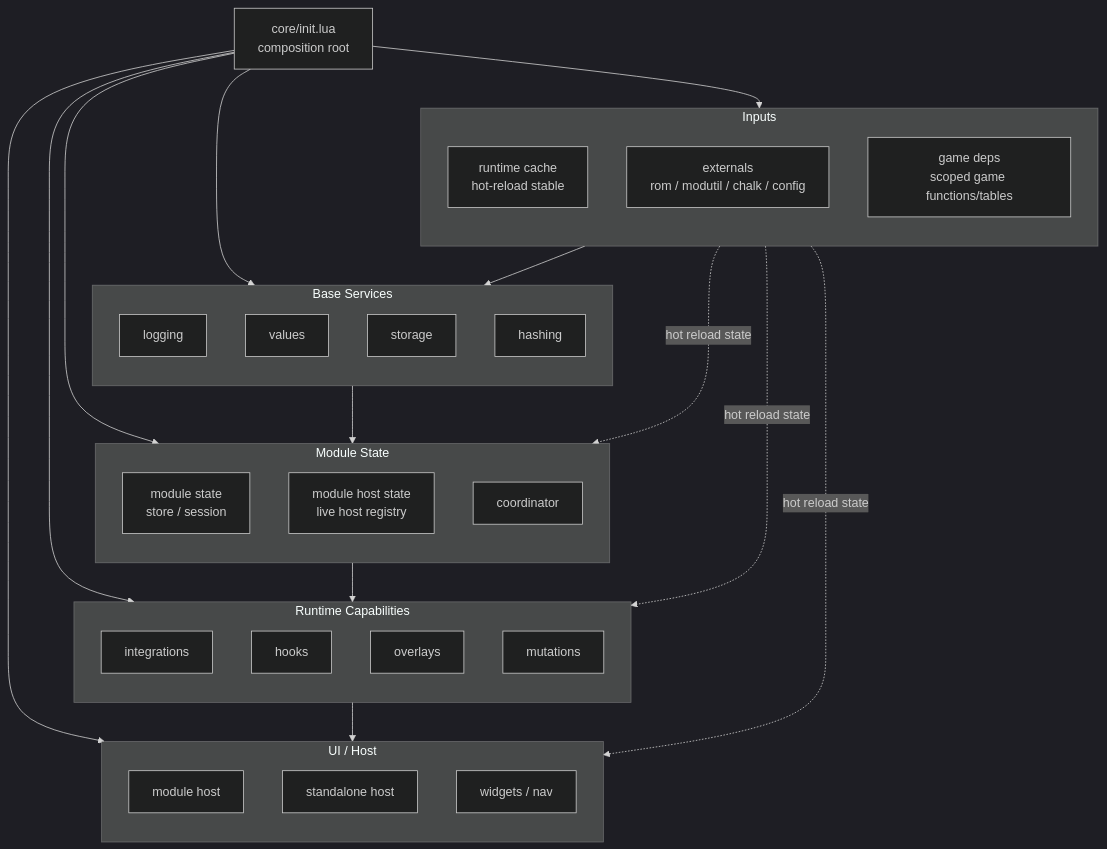
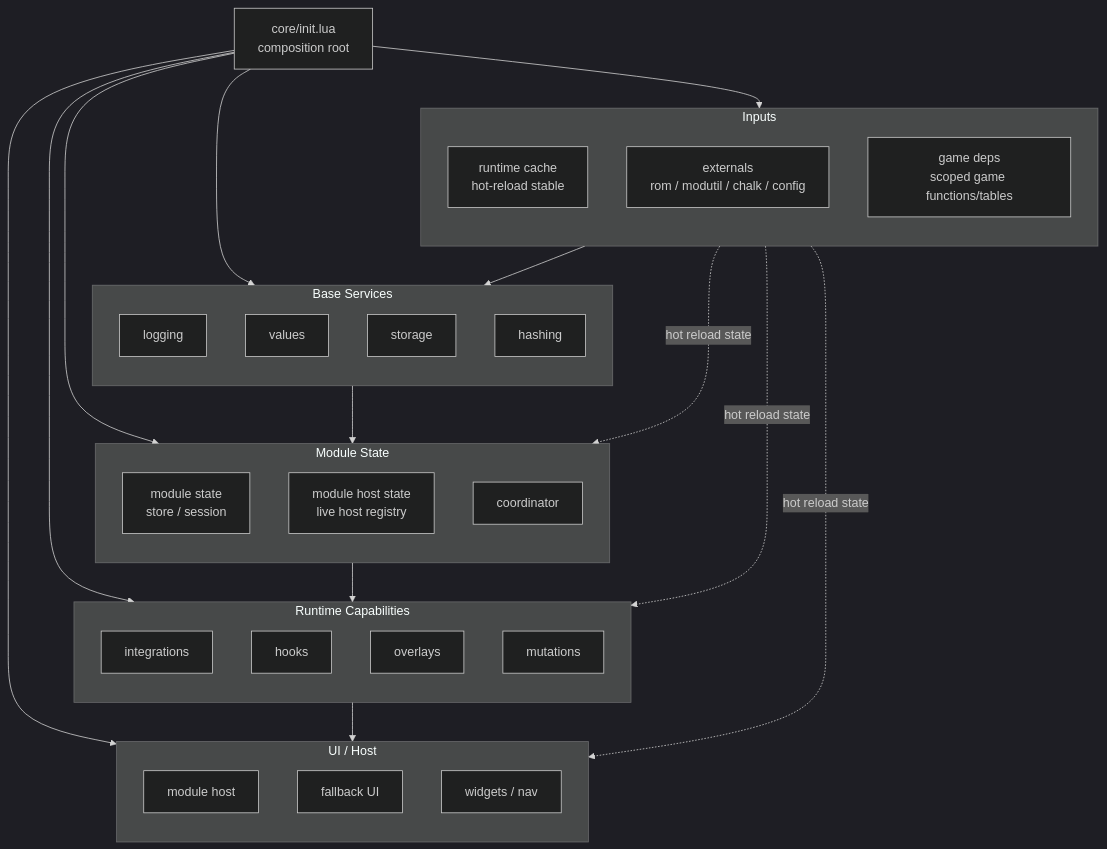
One commit to maybe-adamant/h2-pack-Modpack_Lib changed the second of 5 diagrams in docs/SYSTEM_INFRASTRUCTURE.md. Above: the diagram before and after it, drawn with Mermaid (dark theme). The commit also changed other lines of this file and 111 other files, not shown here.

````diff
--- a/docs/SYSTEM_INFRASTRUCTURE.md
+++ b/docs/SYSTEM_INFRASTRUCTURE.md
@@ -42,56 +42,56 @@
 ```mermaid
 flowchart TD
     INIT["core/init.lua<br/>composition root"]
 
     INIT --> INPUTS
     INIT --> BASE
     INIT --> STATE
     INIT --> RUNTIME_SYS
     INIT --> UI_HOST
 
     subgraph INPUTS["Inputs"]
         direction TB
         RUNTIME["runtime cache<br/>hot-reload stable"]
         EXTERNALS["externals<br/>rom / modutil / chalk / config"]
         GAMEDEPS["game deps<br/>scoped game functions/tables"]
     end
 
     subgraph BASE["Base Services"]
         direction TB
         LOGGING["logging"]
         VALUES["values"]
         STORAGE["storage"]
         HASHING["hashing"]
     end
 
     subgraph STATE["Module State"]
         direction TB
         MODULESTATE["module state<br/>store / session"]
         HOSTSTATE["module host state<br/>live host registry"]
         COORD["coordinator"]
     end
 
     subgraph RUNTIME_SYS["Runtime Capabilities"]
         direction TB
         INTEGRATIONS["integrations"]
         HOOKS["hooks"]
         OVERLAYS["overlays"]
         MUTATIONS["mutations"]
     end
 
     subgraph UI_HOST["UI / Host"]
         direction TB
         HOST["module host"]
-        STANDALONE["standalone host"]
+        FALLBACK_UI["fallback UI"]
         WIDGETS["widgets / nav"]
     end
 
     INPUTS --> BASE
     BASE --> STATE
     STATE --> RUNTIME_SYS
     RUNTIME_SYS --> UI_HOST
 
     RUNTIME -. hot reload state .-> STATE
     RUNTIME -. hot reload state .-> RUNTIME_SYS
     RUNTIME -. hot reload state .-> UI_HOST
 ```
````
